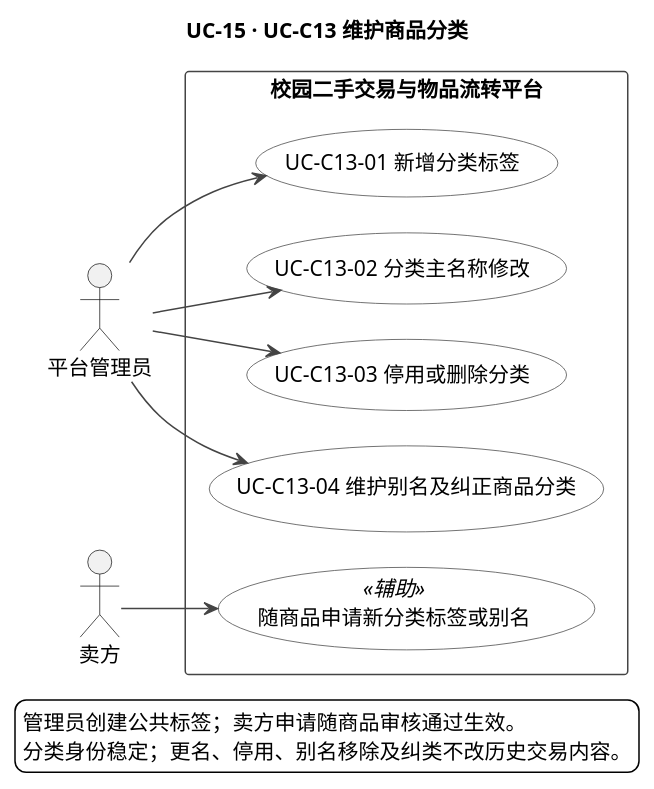
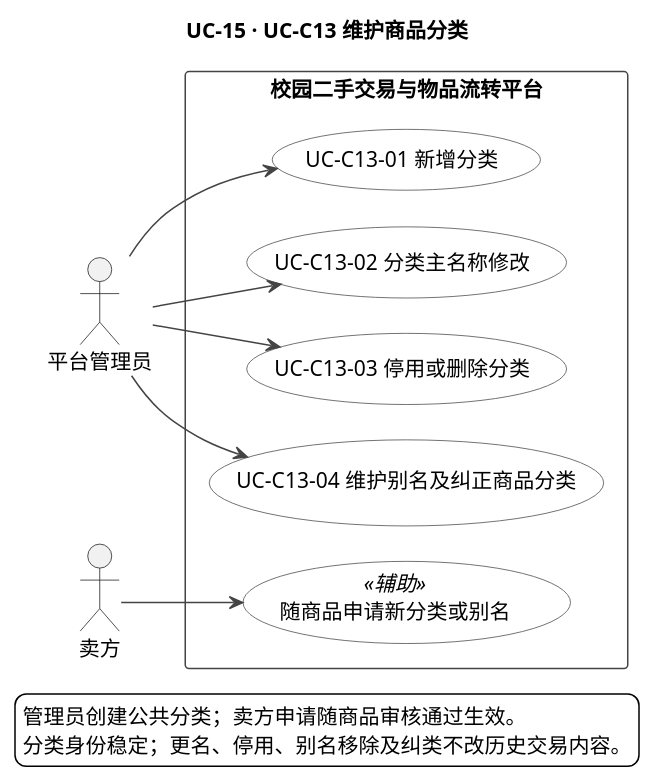
Before and after one commit to iy88/se-course-project-1: the diagram in docs/appendices/models/UC-15-维护商品分类用例图.puml, drawn with PlantUML. The commit also changed 53 other files, not shown here.

```diff
--- a/docs/appendices/models/UC-15-维护商品分类用例图.puml
+++ b/docs/appendices/models/UC-15-维护商品分类用例图.puml
@@ -1,76 +1,76 @@
 @startuml
-' Version: 0.1.0
-' Version-Datetime: 2026-10-26T12:37:57+08:00
+' Version: 0.1.1
+' Version-Datetime: 2026-11-12T23:59:36+08:00
 title UC-15 · UC-C13 维护商品分类
 
 skinparam backgroundColor #FFFFFF
 skinparam defaultFontName "PingFang SC"
 skinparam shadowing false
 skinparam nodesep 24
 skinparam ranksep 38
 skinparam usecase {
   BackgroundColor #FFFFFF
   BorderColor #444444
 }
 skinparam rectangle {
   BackgroundColor #FFFFFF
   BorderColor #444444
 }
 skinparam ArrowColor #444444
 skinparam noteBackgroundColor #FFFFFF
 left to right direction
 
 actor 平台管理员 as Admin
 actor 卖方 as Seller
 
 rectangle "校园二手交易与物品流转平台" {
-  usecase (UC-C13-01 新增分类标签) as C1301
+  usecase (UC-C13-01 新增分类) as C1301
   usecase (UC-C13-02 分类主名称修改) as C1302
   usecase (UC-C13-03 停用或删除分类) as C1303
   usecase (UC-C13-04 维护别名及纠正商品分类) as C1304
-  usecase (随商品申请新分类标签或别名) as C13A1 <<辅助>>
+  usecase (随商品申请新分类或别名) as C13A1 <<辅助>>
 }
 
 Admin --> C1301
 Admin --> C1302
 Admin --> C1303
 Admin --> C1304
 Seller --> C13A1
 
 ' note right of C1301
-'   管理员可主动创建公共分类标签，不依赖商品；
+'   管理员可主动创建公共分类，不依赖商品；
 '   初始条目由管理员准备（FR-13、4.16）。
 ' end note
 
 ' note bottom of C1302
 '   改主名保留旧名为别名；分类身份、商品归属
 '   及历史交易名称保持，当前展示新名；不设排序。
 ' end note
 
 ' note bottom of C1303
 '   关联过商品仅停用，旧商品不自动下架，有公开
 '   在售商品时保留筛选入口；从未关联可逻辑删除
 '   并保留必要依据（4.16）。
 ' end note
 
 ' note bottom of C1304
 '   主名与别名指向同一分类，移除别名不改归属；
 '   纠正交易中分类须记录前后内容、原因、执行者
 '   及时间并通知卖方，不改交易状态、约定或历史。
 ' end note
 
 ' note bottom of C13A1
 '   卖方仅随本人商品提交申请，不直接创建公共
-'   标签；商品审核通过时一并生效，未通过不单独
+'   分类；商品审核通过时一并生效，未通过不单独
 '   公开；由认领审核管理员处理，见 UC-C02 与
 '   UC-C08-06。
 ' end note
 
 ' 新增、改名、停用或删除、别名与纠类是不同维护
 ' 目标，无 include/extend；卖方申请用无编号辅助
 ' 用例，避免把管理员创建权与卖方申请权混同。
 legend bottom
-管理员创建公共标签；卖方申请随商品审核通过生效。
+管理员创建公共分类；卖方申请随商品审核通过生效。
 分类身份稳定；更名、停用、别名移除及纠类不改历史交易内容。
 endlegend
 @enduml
```
